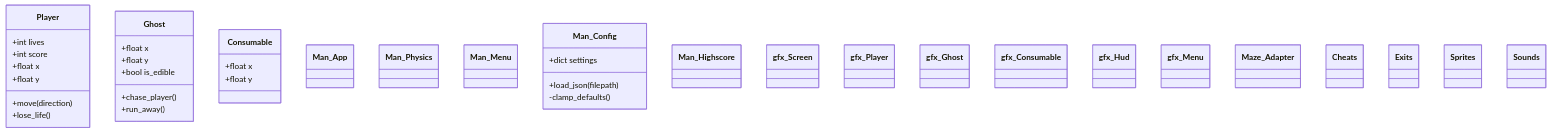
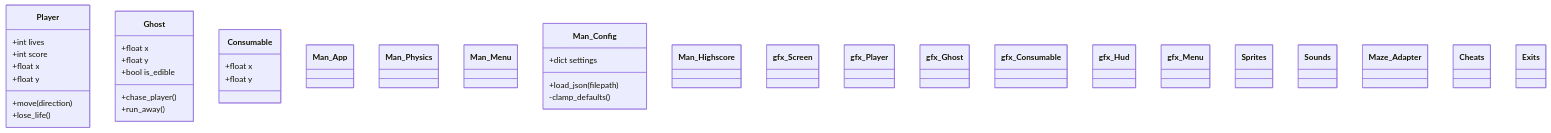
Before and after one commit to OlekKruh/FTPacMan: the diagram in README.md, drawn with Mermaid.

Commit message:
README update

````diff
--- a/README.md
+++ b/README.md
@@ -1,55 +1,62 @@
 ```mermaid
 classDiagram
-    class Player {
-        +int lives
-        +int score
-        +float x
-        +float y
-        +move(direction)
-        +lose_life()
-    }
+    subgraph Entities
+        class Player {
+            +int lives
+            +int score
+            +float x
+            +float y
+            +move(direction)
+            +lose_life()
+        }
+        
+        class Ghost {
+            +float x
+            +float y
+            +bool is_edible
+            +chase_player()
+            +run_away()
+        }
+        
+        class Consumable {
+            +float x
+            +float y
+        }
+    end
     
-    class Ghost {
-        +float x
-        +float y
-        +bool is_edible
-        +chase_player()
-        +run_away()
-    }
-    
-    class Consumable {
-        +float x
-        +float y
-    }
+    subgraph Managers
+        class Man_App{
+        }
+        
+        class Man_Physics {
+        }
+        
+        class Man_Menu {
+        }
+        
+        class Man_Config {
+            +dict settings
+            +load_json(filepath)
+            -clamp_defaults()
+        }
+        
+        class Man_Highscore
+    end
 
-    class Man_App{
-    }
-    
-    class Man_Physics {
-    }
-    
-    class Man_Menu {
-    }
-    
-    class Man_Config {
-        +dict settings
-        +load_json(filepath)
-        -clamp_defaults()
-    }
-    
-    class Man_Highscore
+    subgraph GFX
+        class gfx_Screen
+        class gfx_Player
+        class gfx_Ghost
+        class gfx_Consumable
+        class gfx_Hud
+        class gfx_Menu
+        class Sprites
+        class Sounds
+    end
 
-    class gfx_Screen
-    class gfx_Player
-    class gfx_Ghost
-    class gfx_Consumable
-    class gfx_Hud
-    class gfx_Menu
-
-    class Maze_Adapter
-    class Cheats
-    class Exits
-
-    class Sprites
-    class Sounds
+    subgraph utils
+        class Maze_Adapter
+        class Cheats
+        class Exits
+    end
 ```
````
